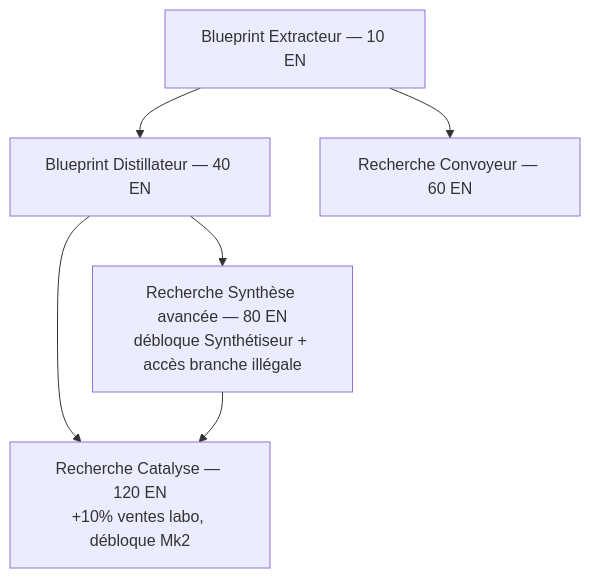
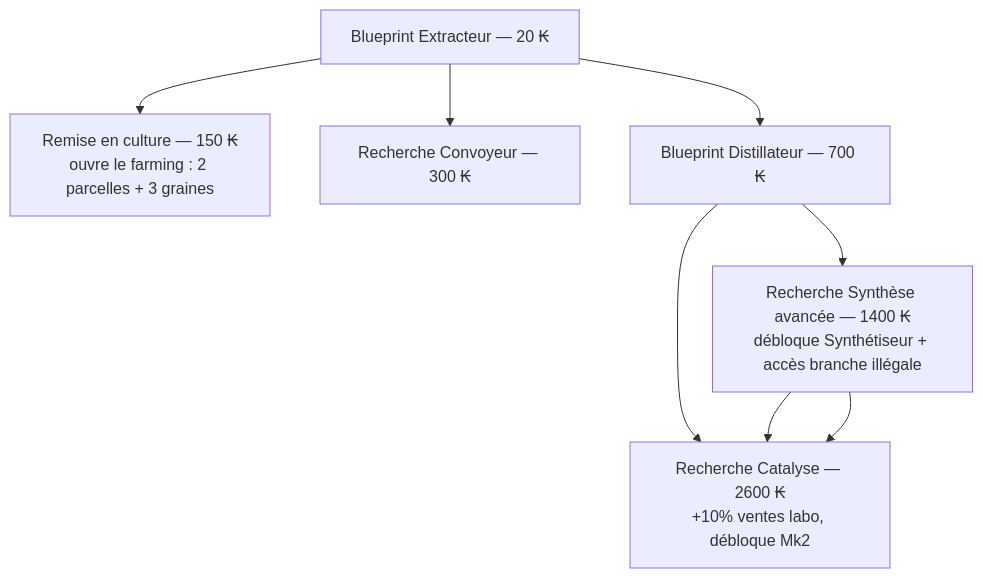
One commit to Chok0/TODO-LAB changed the diagram in docs/04-module-labo.md. Above: the diagram before and after it, drawn with Mermaid. The commit also changed other lines of this file and 64 other files, not shown here.

````diff
--- a/docs/04-module-labo.md
+++ b/docs/04-module-labo.md
@@ -11,8 +11,10 @@
 ```mermaid
 flowchart TD
-  A[Blueprint Extracteur — 10 EN] --> B[Blueprint Distillateur — 40 EN]
-  A --> C[Recherche Convoyeur — 60 EN]
-  B --> D[Recherche Synthèse avancée — 80 EN<br/>débloque Synthétiseur + accès branche illégale]
-  B --> E[Recherche Catalyse — 120 EN<br/>+10% ventes labo, débloque Mk2]
+  A[Blueprint Extracteur — 20 ₭] --> F[Remise en culture — 150 ₭<br/>ouvre le farming : 2 parcelles + 3 graines]
+  A --> C[Recherche Convoyeur — 300 ₭]
+  A --> B[Blueprint Distillateur — 700 ₭]
+  B --> D[Recherche Synthèse avancée — 1400 ₭<br/>débloque Synthétiseur + accès branche illégale]
+  B --> E[Recherche Catalyse — 2600 ₭<br/>+10% ventes labo, débloque Mk2]
+  D --> E
   D --> E
 ```
````
